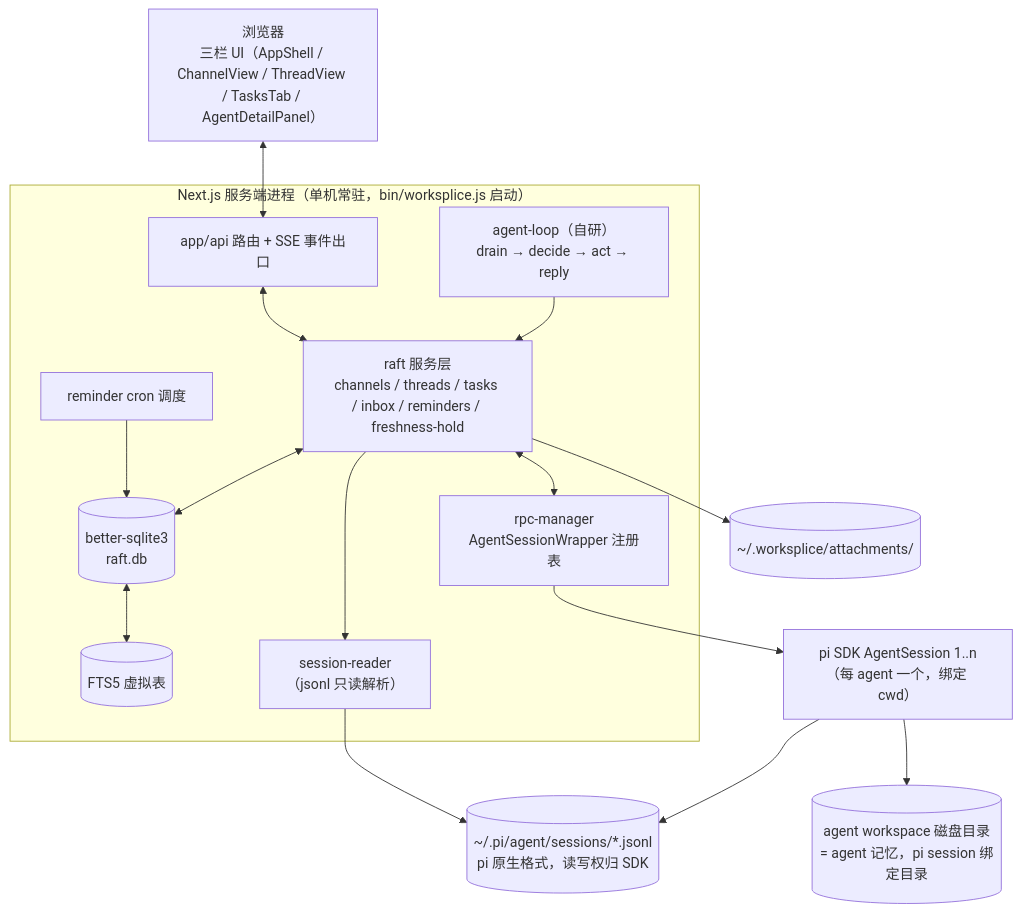
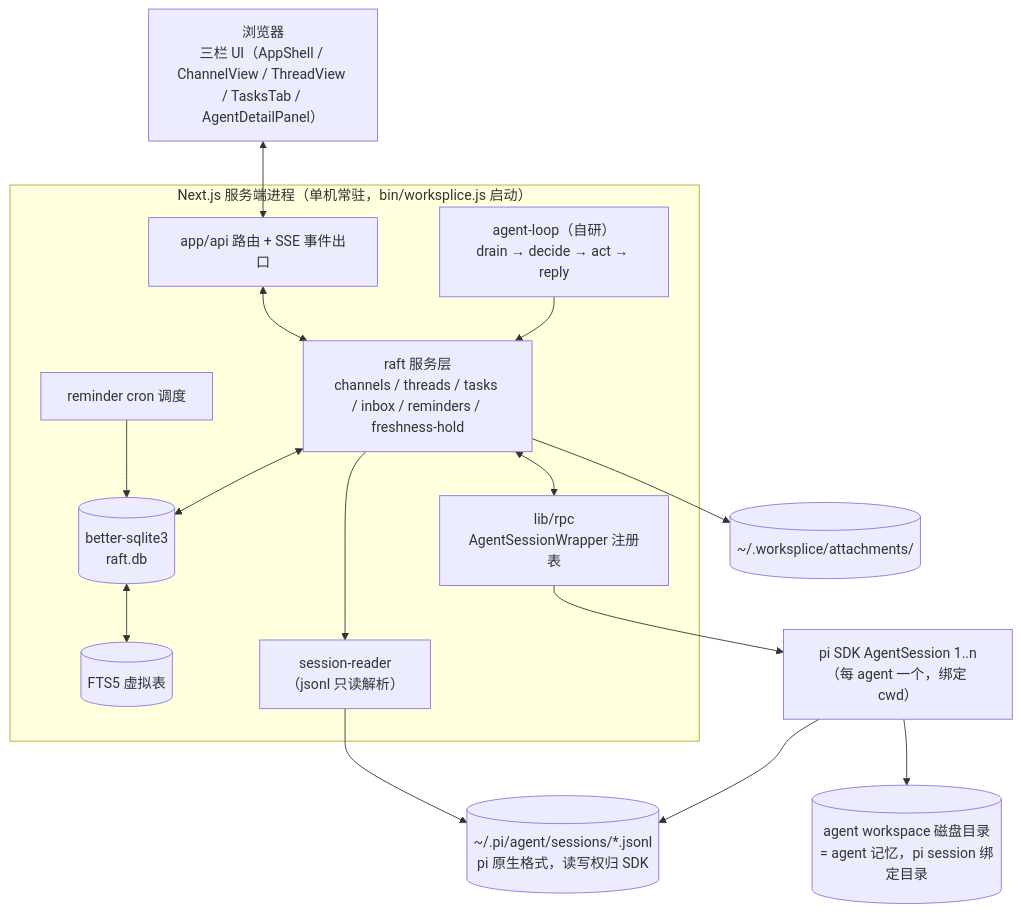
One commit to whutlichao/worksplice changed the first of 2 diagrams in docs/spec.md. Above: the diagram before and after it, drawn with Mermaid. The commit also changed other lines of this file and 32 other files, not shown here.

First line of the commit message:
refactor(rpc): Ticket 01 拆分 rpc-manager 为四窄模块——RpcRegistry/Caller/Subscriber/Broadcaster + per-module 测试

````diff
--- a/docs/spec.md
+++ b/docs/spec.md
@@ -267,34 +267,34 @@
 ```mermaid
 flowchart TB
     Browser["浏览器<br/>三栏 UI（AppShell / ChannelView / ThreadView / TasksTab / AgentDetailPanel）"]
 
     subgraph App["Next.js 服务端进程（单机常驻，bin/worksplice.js 启动）"]
         Routes["app/api 路由 + SSE 事件出口"]
         RaftSvc["raft 服务层<br/>channels / threads / tasks / inbox / reminders / freshness-hold"]
         AgentLoop["agent-loop（自研）<br/>drain → decide → act → reply"]
         Cron["reminder cron 调度"]
         DB[("better-sqlite3<br/>raft.db")]
         FTS[("FTS5 虚拟表")]
-        RPC["rpc-manager<br/>AgentSessionWrapper 注册表"]
+        RPC["lib/rpc<br/>AgentSessionWrapper 注册表"]
         Reader["session-reader<br/>（jsonl 只读解析）"]
         RaftSvc <--> DB
         DB <--> FTS
         RaftSvc <--> RPC
         AgentLoop --> RaftSvc
         Cron --> DB
     end
 
     PI["pi SDK AgentSession 1..n（每 agent 一个，绑定 cwd）"]
     SESS[("~/.pi/agent/sessions/*.jsonl<br/>pi 原生格式，读写权归 SDK")]
     WS[("agent workspace 磁盘目录<br/>= agent 记忆，pi session 绑定目录")]
     ATT[("~/.worksplice/attachments/")]
 
     Browser <--> Routes
     Routes <--> RaftSvc
     RaftSvc --> Reader
     RPC --> PI
     PI --> SESS
     PI --> WS
     Reader --> SESS
     RaftSvc --> ATT
 ```
````
